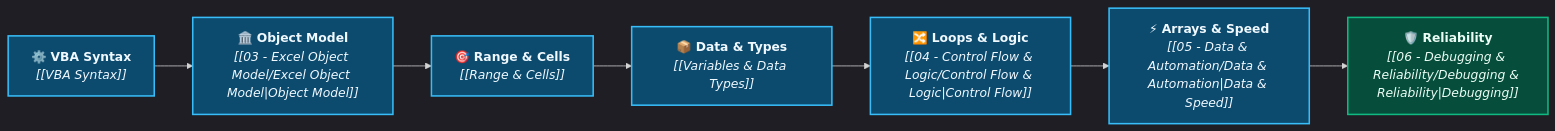
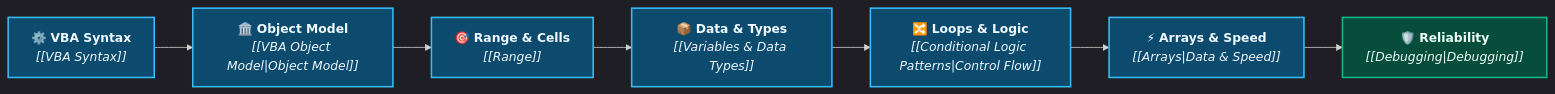
The diagram in 00 - Dashboard/Home.md (Sohila-Khaled-Abbas/Excel-VBA-Second-Brain), drawn with Mermaid before and after one commit. The commit also changed other lines of this file and 209 other files, not shown here.

Commit message:
feat(v2): add advanced docs, community health files, code cookbook, architecture notes, upgraded README & GitHub templates

````diff
--- a/00 - Dashboard/Home.md
+++ b/00 - Dashboard/Home.md
@@ -105,13 +105,13 @@
 ```mermaid
 %%{init: {'theme': 'dark', 'themeVariables': { 'darkMode': true, 'fontFamily': 'Inter, sans-serif' }}}%%
 flowchart LR
-    A["⚙️ <b>VBA Syntax</b><br/><i>[[VBA Syntax]]</i>"]:::stepNode --> B["🏛️ <b>Object Model</b><br/><i>[[03 - Excel Object Model/Excel Object Model|Object Model]]</i>"]:::stepNode
-    B --> C["🎯 <b>Range & Cells</b><br/><i>[[Range & Cells]]</i>"]:::stepNode
+    A["⚙️ <b>VBA Syntax</b><br/><i>[[VBA Syntax]]</i>"]:::stepNode --> B["🏛️ <b>Object Model</b><br/><i>[[VBA Object Model|Object Model]]</i>"]:::stepNode
+    B --> C["🎯 <b>Range & Cells</b><br/><i>[[Range]]</i>"]:::stepNode
     C --> D["📦 <b>Data & Types</b><br/><i>[[Variables & Data Types]]</i>"]:::stepNode
-    D --> E["🔀 <b>Loops & Logic</b><br/><i>[[04 - Control Flow & Logic/Control Flow & Logic|Control Flow]]</i>"]:::stepNode
-    E --> F["⚡ <b>Arrays & Speed</b><br/><i>[[05 - Data & Automation/Data & Automation|Data & Speed]]</i>"]:::stepNode
-    F --> G["🛡️ <b>Reliability</b><br/><i>[[06 - Debugging & Reliability/Debugging & Reliability|Debugging]]</i>"]:::finishNode
+    D --> E["🔀 <b>Loops & Logic</b><br/><i>[[Conditional Logic Patterns|Control Flow]]</i>"]:::stepNode
+    E --> F["⚡ <b>Arrays & Speed</b><br/><i>[[Arrays|Data & Speed]]</i>"]:::stepNode
+    F --> G["🛡️ <b>Reliability</b><br/><i>[[Debugging|Debugging]]</i>"]:::finishNode
 
     classDef stepNode fill:#0c4a6e,stroke:#38bdf8,stroke-width:2px,color:#f0f9ff;
     classDef finishNode fill:#064e3b,stroke:#10b981,stroke-width:2px,color:#ecfdf5;
 ```
````
